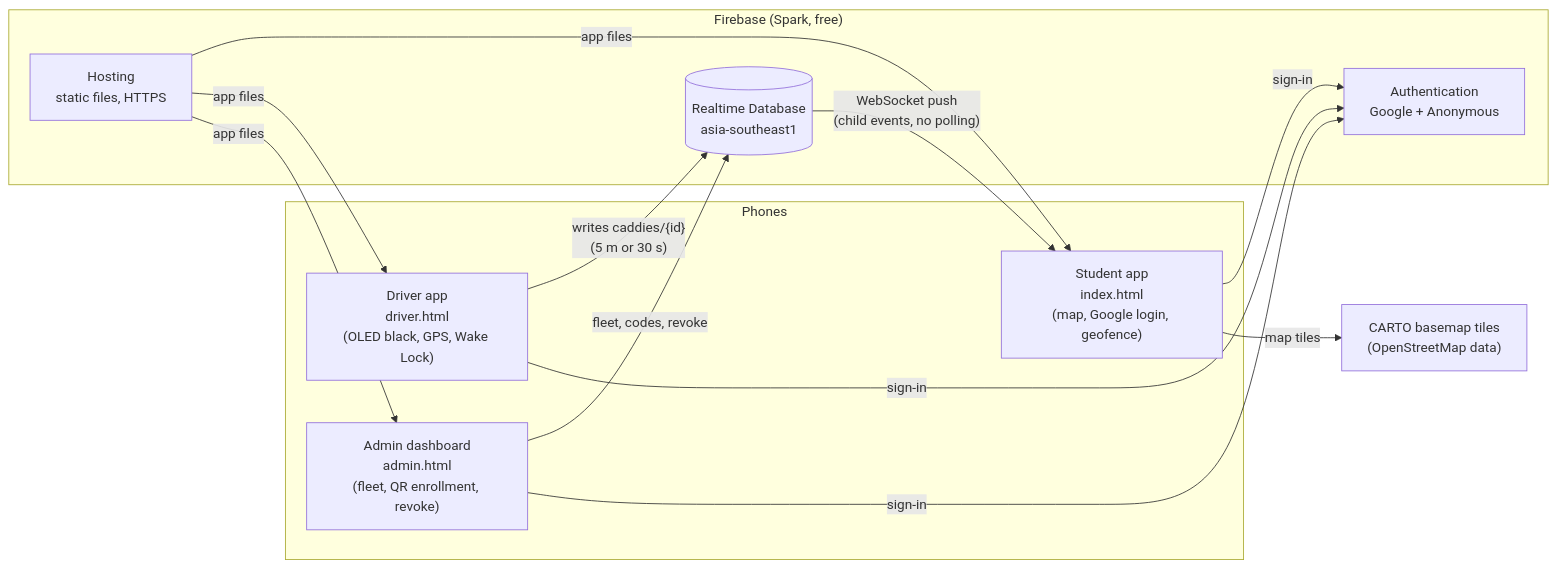
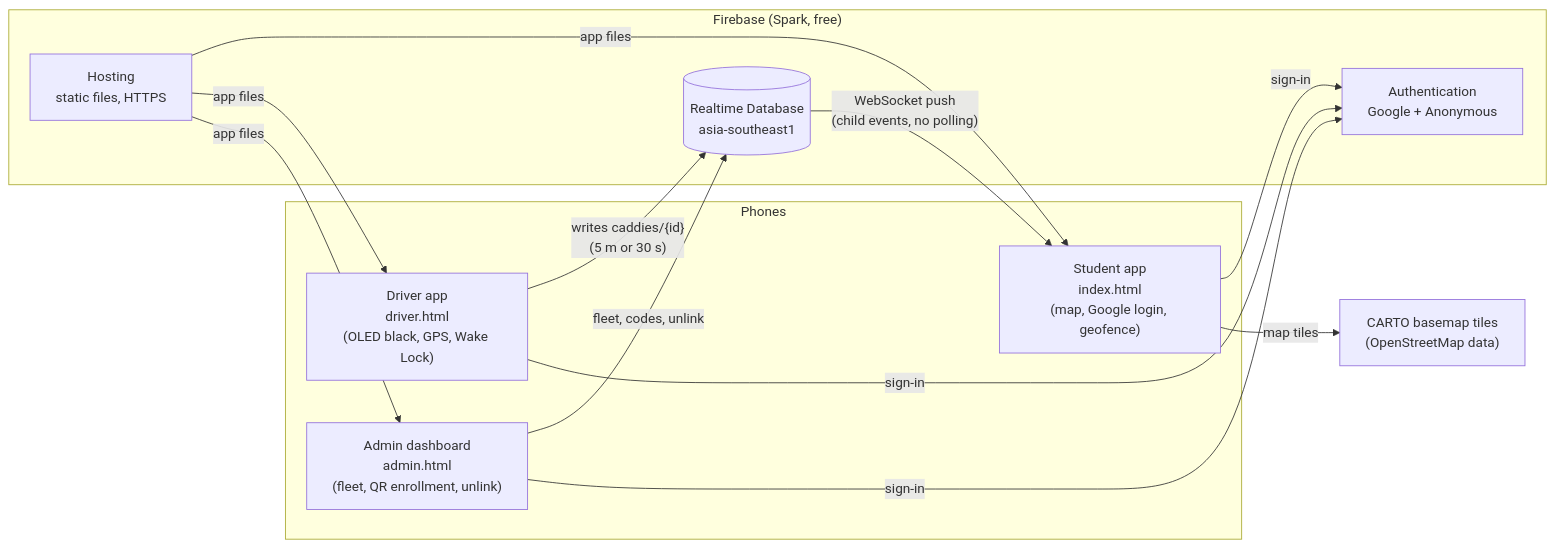
Before and after one commit to AbeerMiglani/SNU-Caddy: the first of 2 diagrams in docs/ARCHITECTURE.md, drawn with Mermaid. The commit also changed other lines of this file and 17 other files, not shown here.

````diff
--- a/docs/ARCHITECTURE.md
+++ b/docs/ARCHITECTURE.md
@@ -19,21 +19,21 @@
 ```mermaid
 flowchart LR
   subgraph Phones
     S["Student app<br/>index.html<br/>(map, Google login, geofence)"]
     D["Driver app<br/>driver.html<br/>(OLED black, GPS, Wake Lock)"]
-    A["Admin dashboard<br/>admin.html<br/>(fleet, QR enrollment, revoke)"]
+    A["Admin dashboard<br/>admin.html<br/>(fleet, QR enrollment, unlink)"]
   end
   subgraph Firebase["Firebase (Spark, free)"]
     AU["Authentication<br/>Google + Anonymous"]
     DB[("Realtime Database<br/>asia-southeast1")]
     H["Hosting<br/>static files, HTTPS"]
   end
   T["CARTO basemap tiles<br/>(OpenStreetMap data)"]
 
   D -- "writes caddies/{id}<br/>(5 m or 30 s)" --> DB
   DB -- "WebSocket push<br/>(child events, no polling)" --> S
-  A -- "fleet, codes, revoke" --> DB
+  A -- "fleet, codes, unlink" --> DB
   S & D & A -- "sign-in" --> AU
   S -- "map tiles" --> T
   H -- "app files" --> S & D & A
 ```
````
